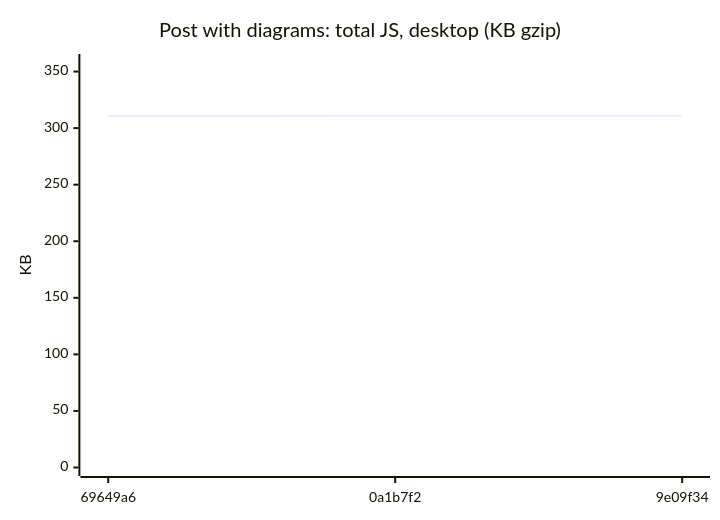
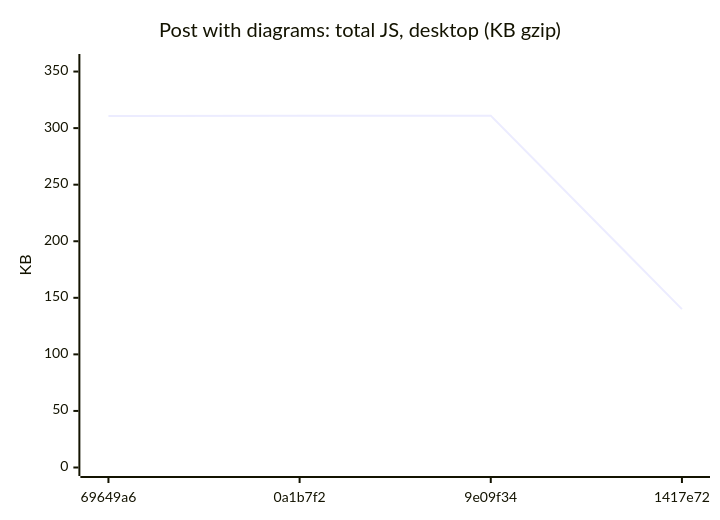
One commit to AxelUser/maltsev.space changed diagram 15 of 18 in README.md. Above: the diagram before and after it, drawn with Mermaid. The commit also changed other lines of this file and 1 other file, not shown here.

````diff
--- a/README.md
+++ b/README.md
@@ -161,7 +161,7 @@
 ```mermaid
 xychart-beta
   title "Post with diagrams: total JS, desktop (KB gzip)"
-  x-axis ["69649a6", "0a1b7f2", "9e09f34"]
+  x-axis ["69649a6", "0a1b7f2", "9e09f34", "1417e72"]
   y-axis "KB" 0 --> 358
-  line [310.7, 311, 311]
+  line [310.7, 311, 311, 140]
 ```
````
